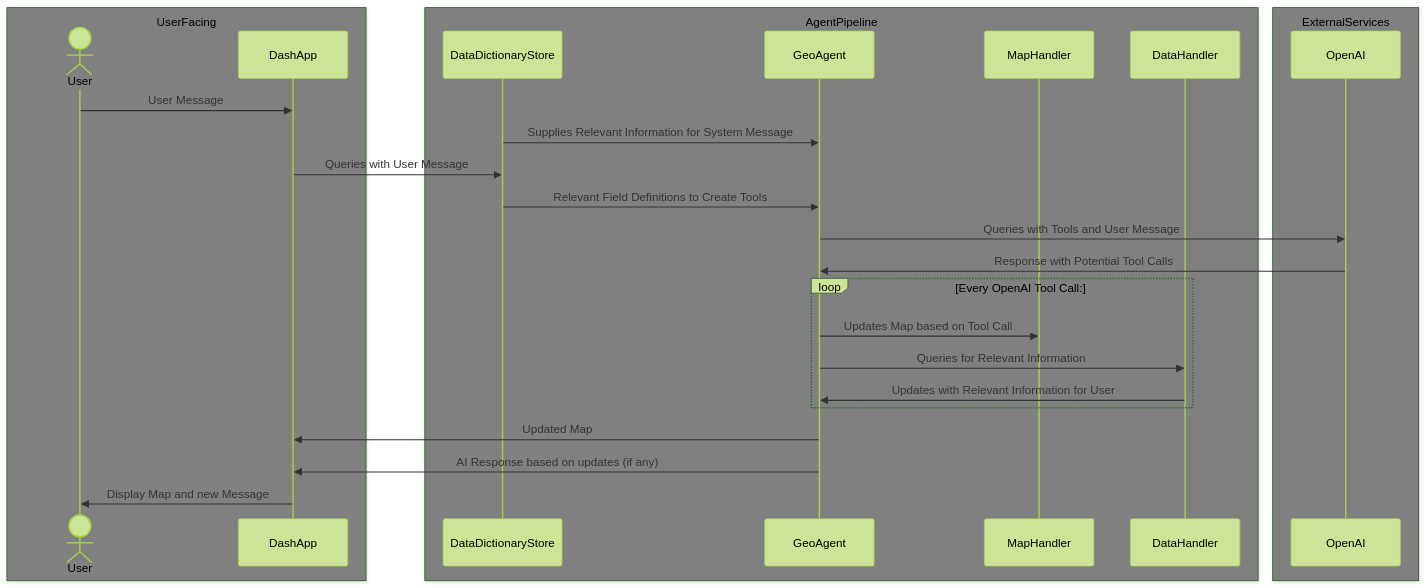
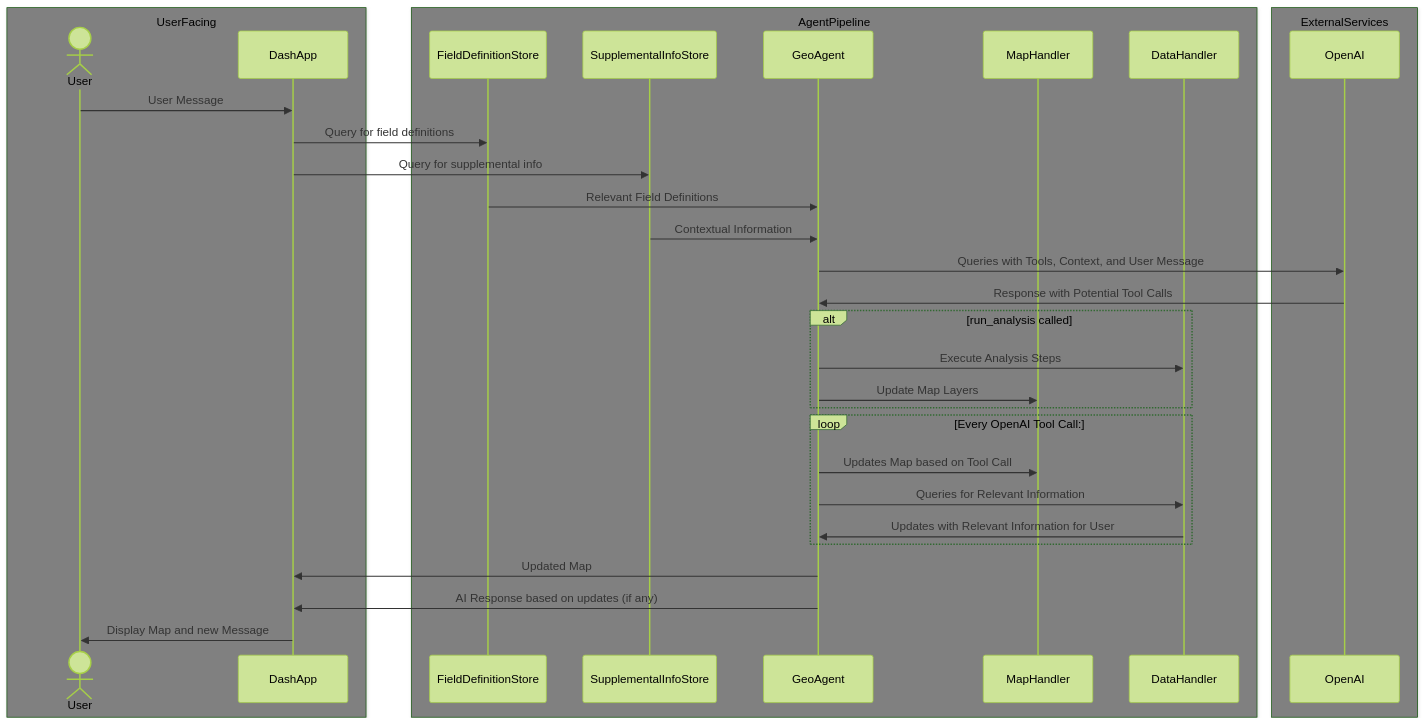
Before and after one commit to rmikulec/GeoAssistant: the second of 2 diagrams in design_docs/architecture.md, drawn with Mermaid (forest theme). The commit also changed other lines of this file, not shown here.

Commit message:
docs: update architecture for new vector stores

````diff
--- a/design_docs/architecture.md
+++ b/design_docs/architecture.md
@@ -51,33 +52,39 @@
 ```mermaid
 sequenceDiagram
   box Gray UserFacing
     actor User
     participant DashApp
   end
 
   box Gray AgentPipeline
-    participant DataDictionaryStore
+    participant FieldDefinitionStore
+    participant SupplementalInfoStore
     participant GeoAgent
     participant MapHandler
     participant DataHandler
   end
 
   box Gray ExternalServices
     participant OpenAI
   end
 
   User->>DashApp: User Message
-  DataDictionaryStore->>GeoAgent: Supplies Relevant Information for System Message
-  DashApp->>DataDictionaryStore: Queries with User Message
-  DataDictionaryStore->>GeoAgent: Relevant Field Definitions to Create Tools
-  GeoAgent->>OpenAI: Queries with Tools and User Message
+  DashApp->>FieldDefinitionStore: Query for field definitions
+  DashApp->>SupplementalInfoStore: Query for supplemental info
+  FieldDefinitionStore->>GeoAgent: Relevant Field Definitions
+  SupplementalInfoStore->>GeoAgent: Contextual Information
+  GeoAgent->>OpenAI: Queries with Tools, Context, and User Message
   OpenAI->>GeoAgent: Response with Potential Tool Calls
+  alt run_analysis called
+    GeoAgent->>DataHandler: Execute Analysis Steps
+    GeoAgent->>MapHandler: Update Map Layers
+  end
   loop Every OpenAI Tool Call:
     GeoAgent->>MapHandler: Updates Map based on Tool Call
     GeoAgent->>DataHandler: Queries for Relevant Information
     DataHandler->>GeoAgent: Updates with Relevant Information for User
   end
   GeoAgent->>DashApp: Updated Map
   GeoAgent->>DashApp: AI Response based on updates (if any)
   DashApp->>User: Display Map and new Message
 ```
````
